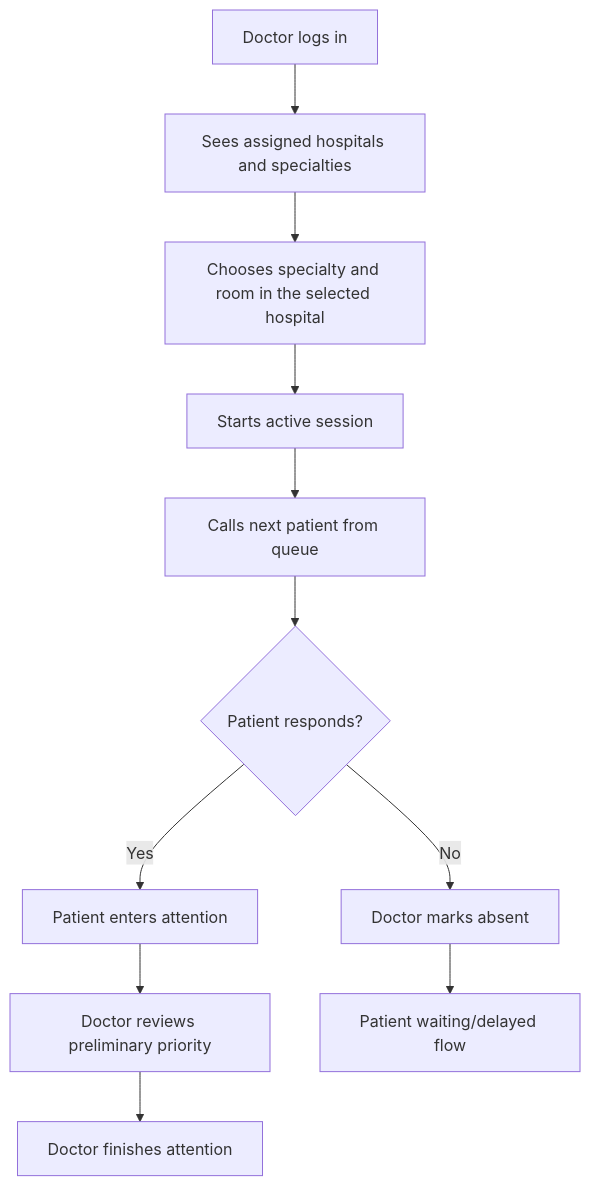
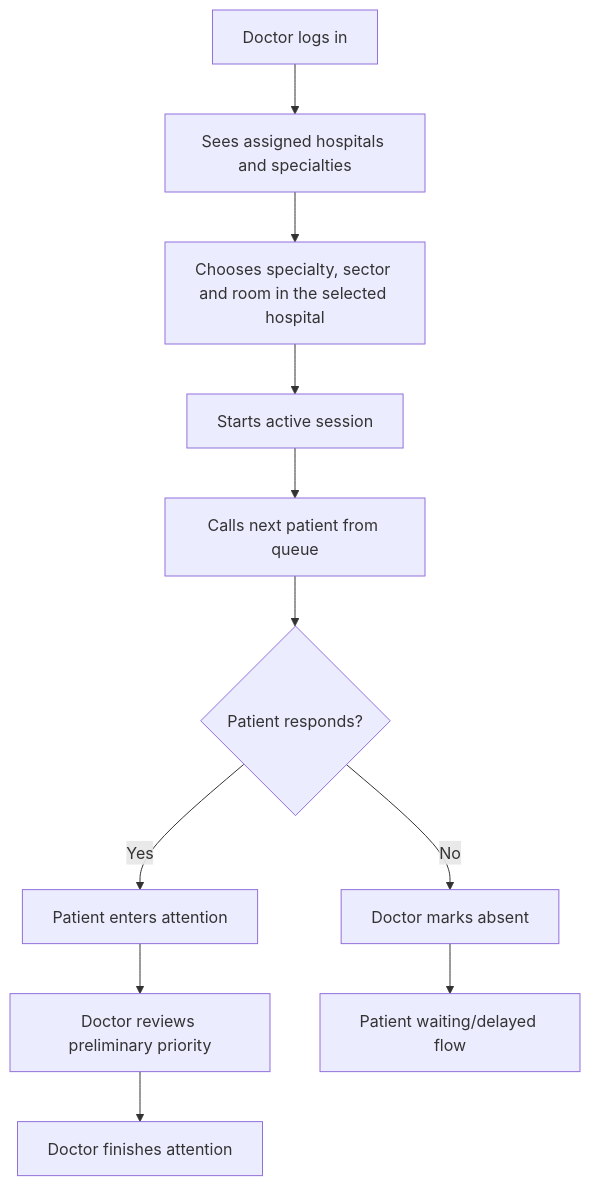
One commit to MatiasCanevaro/pretriage_backend changed the diagram in docs/03-doctor-flow.md. Above: the diagram before and after it, drawn with Mermaid. The commit also changed other lines of this file and 83 other files, not shown here.

````diff
--- a/docs/03-doctor-flow.md
+++ b/docs/03-doctor-flow.md
@@ -5,13 +5,13 @@
 ```mermaid
 flowchart TD
     A[Doctor logs in] --> B[Sees assigned hospitals and specialties]
-    B --> C[Chooses specialty and room in the selected hospital]
+    B --> C[Chooses specialty, sector and room in the selected hospital]
     C --> D[Starts active session]
     D --> E[Calls next patient from queue]
     E --> F{Patient responds?}
     F -->|Yes| G[Patient enters attention]
     F -->|No| H[Doctor marks absent]
     G --> I[Doctor reviews preliminary priority]
     I --> K[Doctor finishes attention]
     H --> J[Patient waiting/delayed flow]
 ```
````
